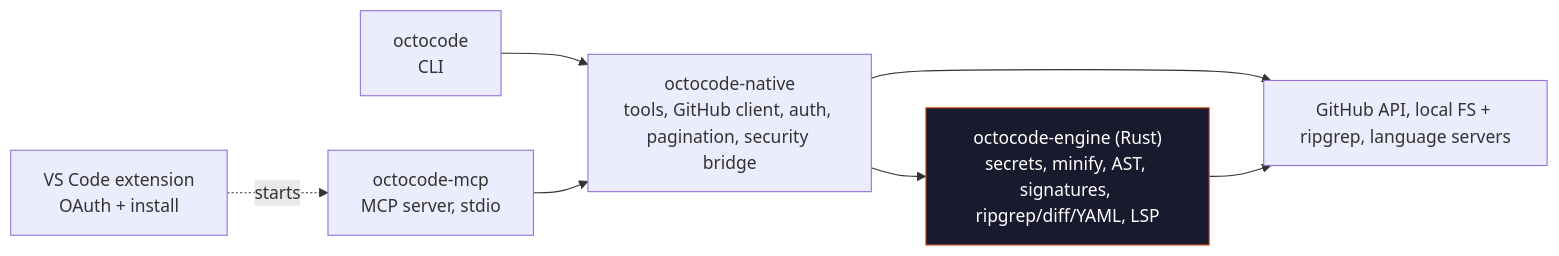
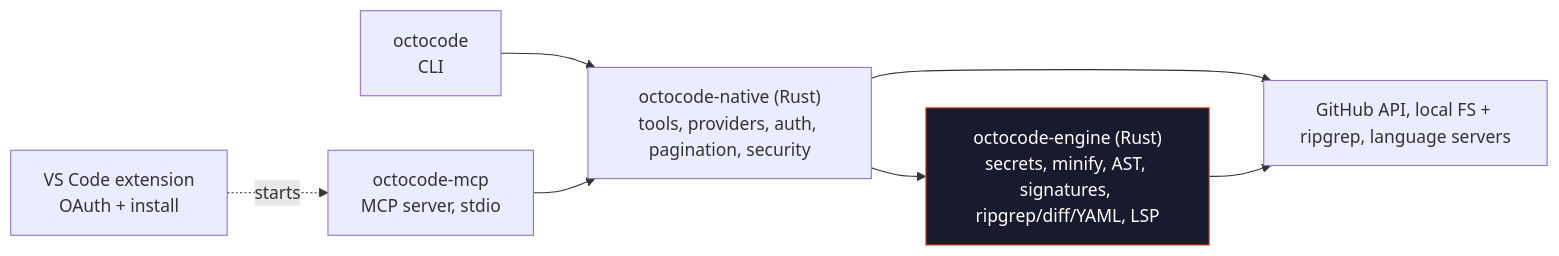
One commit to bgauryy/octocode changed the diagram in README.md. Above: the diagram before and after it, drawn with Mermaid. The commit also changed other lines of this file and 20 other files, not shown here.

````diff
--- a/README.md
+++ b/README.md
@@ -477,18 +477,18 @@
 ```mermaid
 graph LR
     CLI["octocode<br/>CLI"]
     MCP["octocode-mcp<br/>MCP server, stdio"]
     VSC["VS Code extension<br/>OAuth + install"]
-    CORE["octocode-native<br/>tools, GitHub client, auth, pagination, security bridge"]
+    CORE["octocode-native (Rust)<br/>tools, providers, auth, pagination, security"]
     ENGINE["octocode-engine (Rust)<br/>secrets, minify, AST, signatures, ripgrep/diff/YAML, LSP"]
     EXT["GitHub API, local FS + ripgrep, language servers"]
 
     CLI --> CORE
     MCP --> CORE
     VSC -. starts .-> MCP
     CORE --> ENGINE
     CORE --> EXT
     ENGINE --> EXT
 
     style ENGINE fill:#1a1a2e,stroke:#e75d2a,color:#fff
 ```
````
